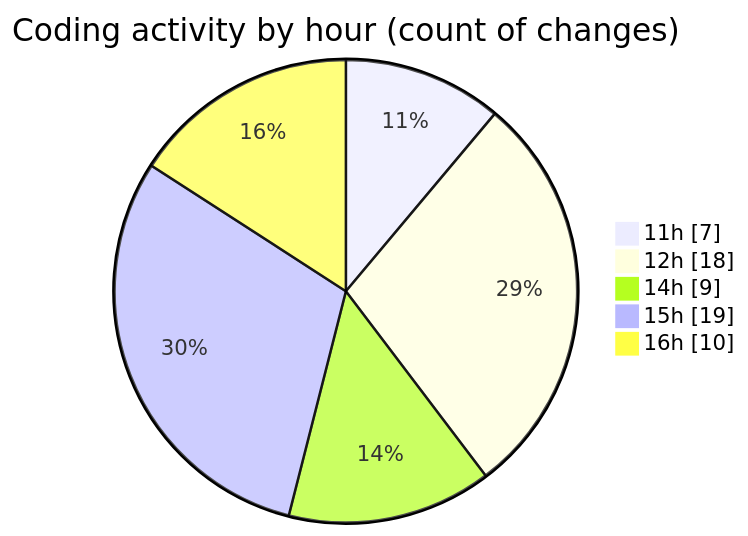
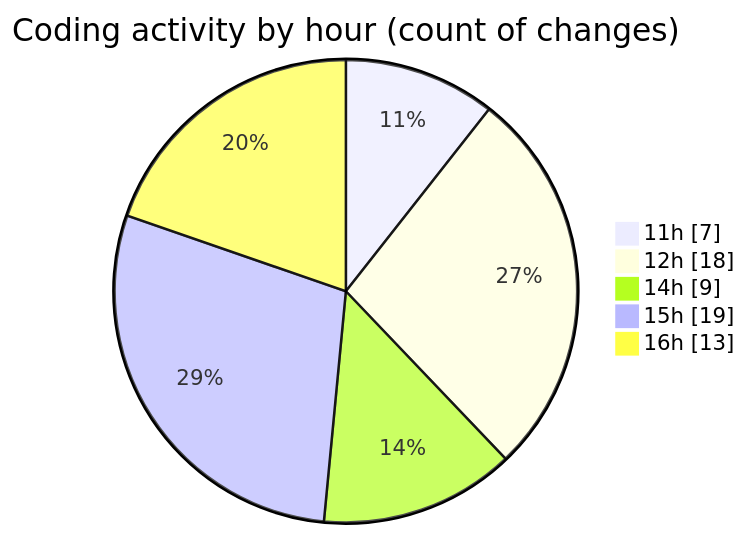
The second of 2 diagrams in 2025-09-25/nxtqube_webapp/README.md (nxtqubesakshisongat/code-tracking), drawn with Mermaid before and after one commit. The commit also changed other lines of this file and 1 other file, not shown here.

````diff
--- a/2025-09-25/nxtqube_webapp/README.md
+++ b/2025-09-25/nxtqube_webapp/README.md
@@ -33,9 +34,9 @@
 ```mermaid
 pie showData
 title Coding activity by hour (count of changes)
 "11h" : 7
 "12h" : 18
 "14h" : 9
 "15h" : 19
-"16h" : 10
+"16h" : 13
 ```
````
